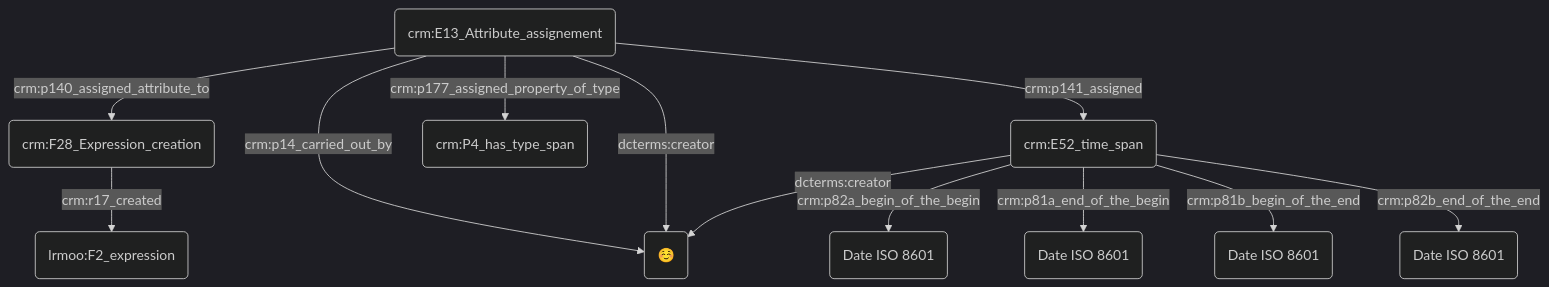
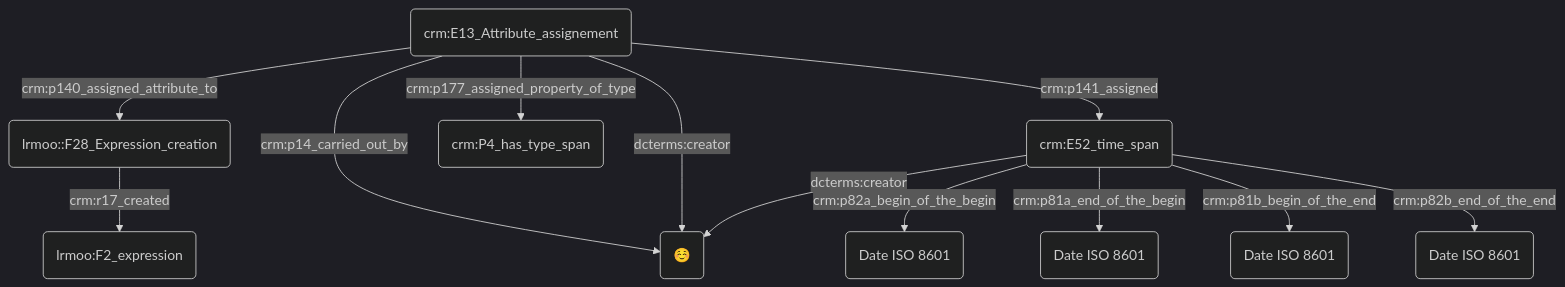
Before and after one commit to Amleth/consortium-musica2-gt2-ontologies: the diagram in modules/dates/2023.09.19_atelier.md, drawn with Mermaid (dark theme).

````diff
--- a/modules/dates/2023.09.19_atelier.md
+++ b/modules/dates/2023.09.19_atelier.md
@@ -31,16 +31,16 @@
 ```mermaid
 graph TD;
 
 A(lrmoo::F28_Expression_creation) --> |crm:r17_created| B(lrmoo:F2_expression)
-C(crm:E13_Attribute_assignement) --> |crm:p140_assigned_attribute_to| A(crm:F28_Expression_creation)
+C(crm:E13_Attribute_assignement) --> |crm:p140_assigned_attribute_to| A(lrmoo::F28_Expression_creation)
 C(crm:E13_Attribute_assignement) --> |crm:p141_assigned| D(crm:E52_time_span)
 C(crm:E13_Attribute_assignement) --> |crm:p177_assigned_property_of_type| E(crm:P4_has_type_span)
 C(crm:E13_Attribute_assignement) --> |crm:p14_carried_out_by| G("☺️")
 C(crm:E13_Attribute_assignement) --> |dcterms:creator| G("☺️")
 D(crm:E52_time_span) --> |dcterms:creator| G("☺️")
 
 D(crm:E52_time_span) --> |crm:p82a_begin_of_the_begin| F("Date ISO 8601")
 D(crm:E52_time_span) --> |crm:p81a_end_of_the_begin| H("Date ISO 8601")
 D(crm:E52_time_span) --> |crm:p81b_begin_of_the_end| I("Date ISO 8601")
 D(crm:E52_time_span) --> |crm:p82b_end_of_the_end| J("Date ISO 8601")
 ```
````
